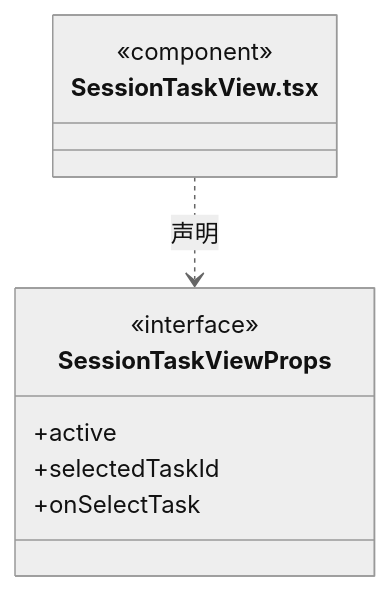
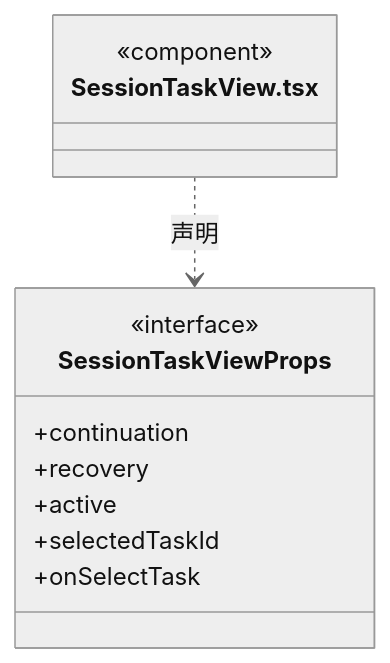
Diagram 35 of 54 in src/frontend/tasks/ARCHITECTURE.md (nan023062/cbim), drawn with Mermaid (neutral theme) before and after one commit. The commit also changed other lines of this file and 65 other files, not shown here.

````diff
--- a/src/frontend/tasks/ARCHITECTURE.md
+++ b/src/frontend/tasks/ARCHITECTURE.md
@@ -607,13 +737,15 @@
 ```mermaid
 classDiagram
 class N_src_frontend_tasks_SessionTaskView_tsx["SessionTaskView.tsx"] {
   <<component>>
 }
 class N_src_frontend_tasks_SessionTaskView_tsx_SessionTaskViewProps["SessionTaskViewProps"] {
   <<interface>>
+  +continuation
+  +recovery
   +active
   +selectedTaskId
   +onSelectTask
 }
 N_src_frontend_tasks_SessionTaskView_tsx ..> N_src_frontend_tasks_SessionTaskView_tsx_SessionTaskViewProps : 声明
 ```
````
